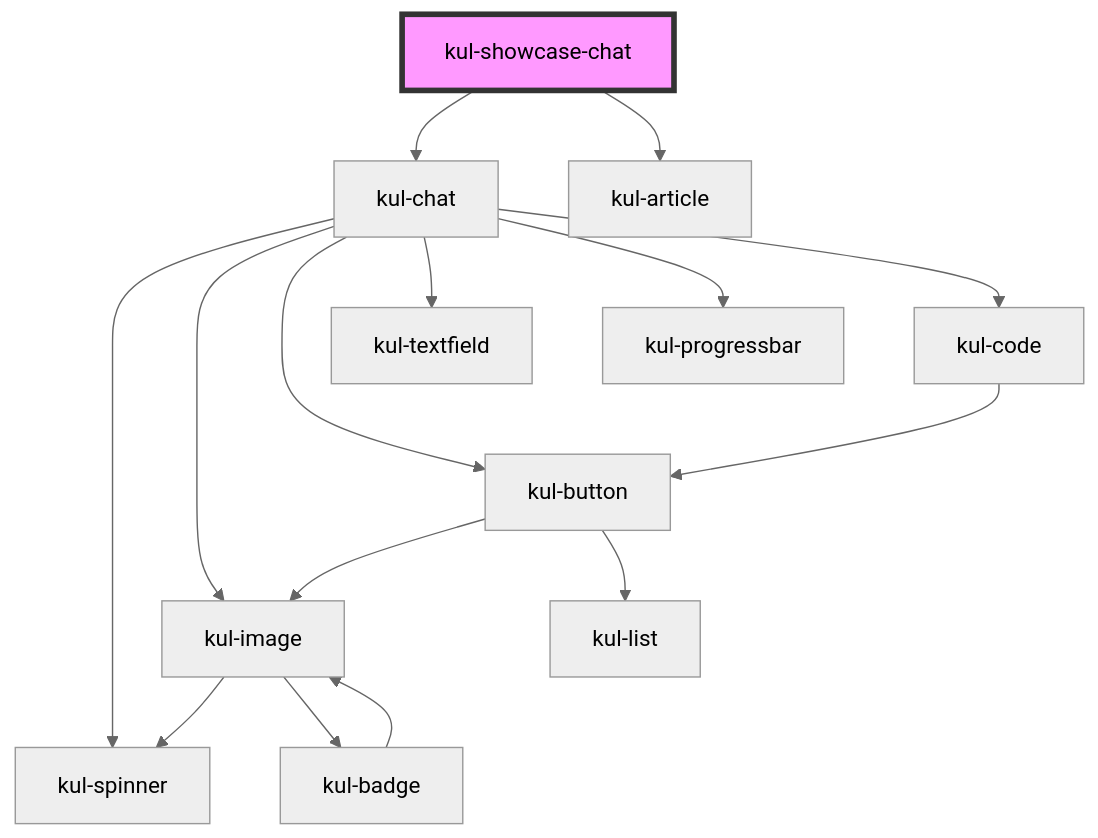
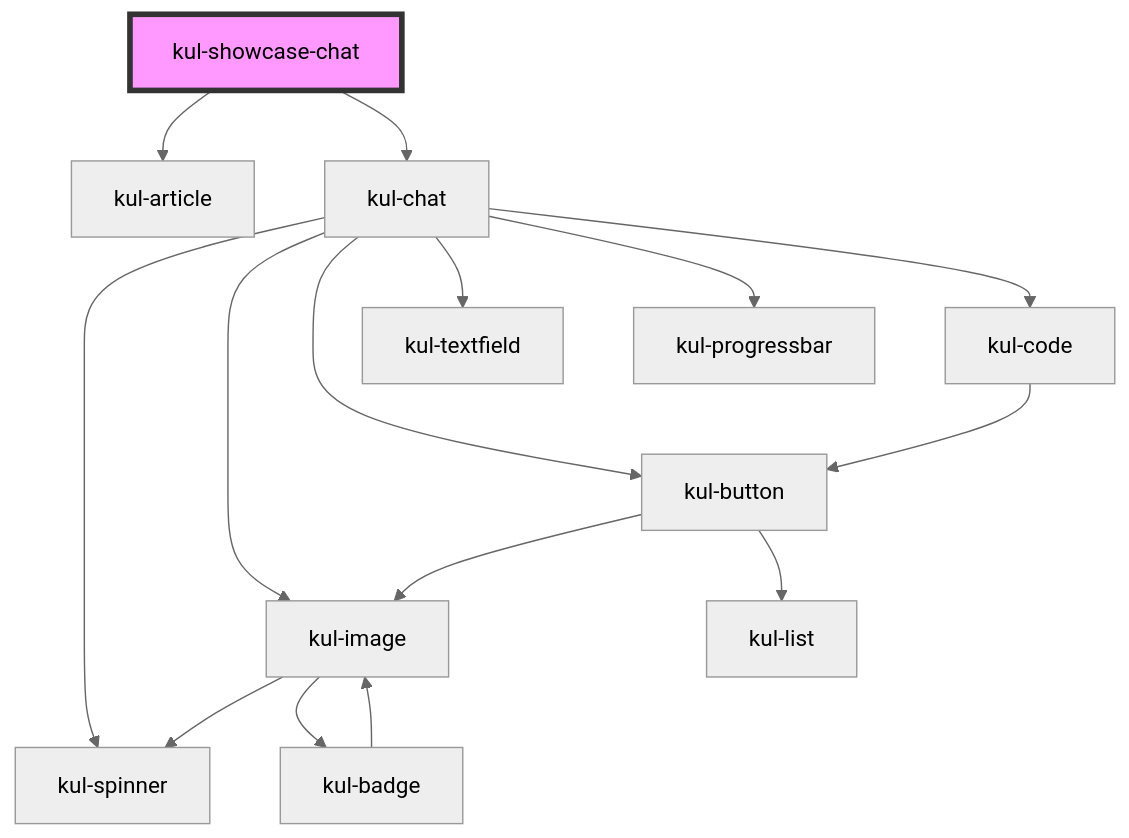
One commit to lucafoscili/ketchup-lite changed the diagram in packages/ketchup-lite/src/components/kul-showcase/components/chat/readme.md. Above: the diagram before and after it, drawn with Mermaid (neutral theme). The commit also changed other lines of this file and 46 other files, not shown here.

````diff
--- a/packages/ketchup-lite/src/components/kul-showcase/components/chat/readme.md
+++ b/packages/ketchup-lite/src/components/kul-showcase/components/chat/readme.md
@@ -27,18 +24,18 @@
 ```mermaid
 graph TD;
+  kul-showcase-chat --> kul-article
   kul-showcase-chat --> kul-chat
-  kul-showcase-chat --> kul-article
   kul-chat --> kul-spinner
   kul-chat --> kul-image
   kul-chat --> kul-button
   kul-chat --> kul-textfield
   kul-chat --> kul-progressbar
   kul-chat --> kul-code
   kul-image --> kul-spinner
   kul-image --> kul-badge
   kul-badge --> kul-image
   kul-button --> kul-image
   kul-button --> kul-list
   kul-code --> kul-button
   style kul-showcase-chat fill:#f9f,stroke:#333,stroke-width:4px
 ```
````
